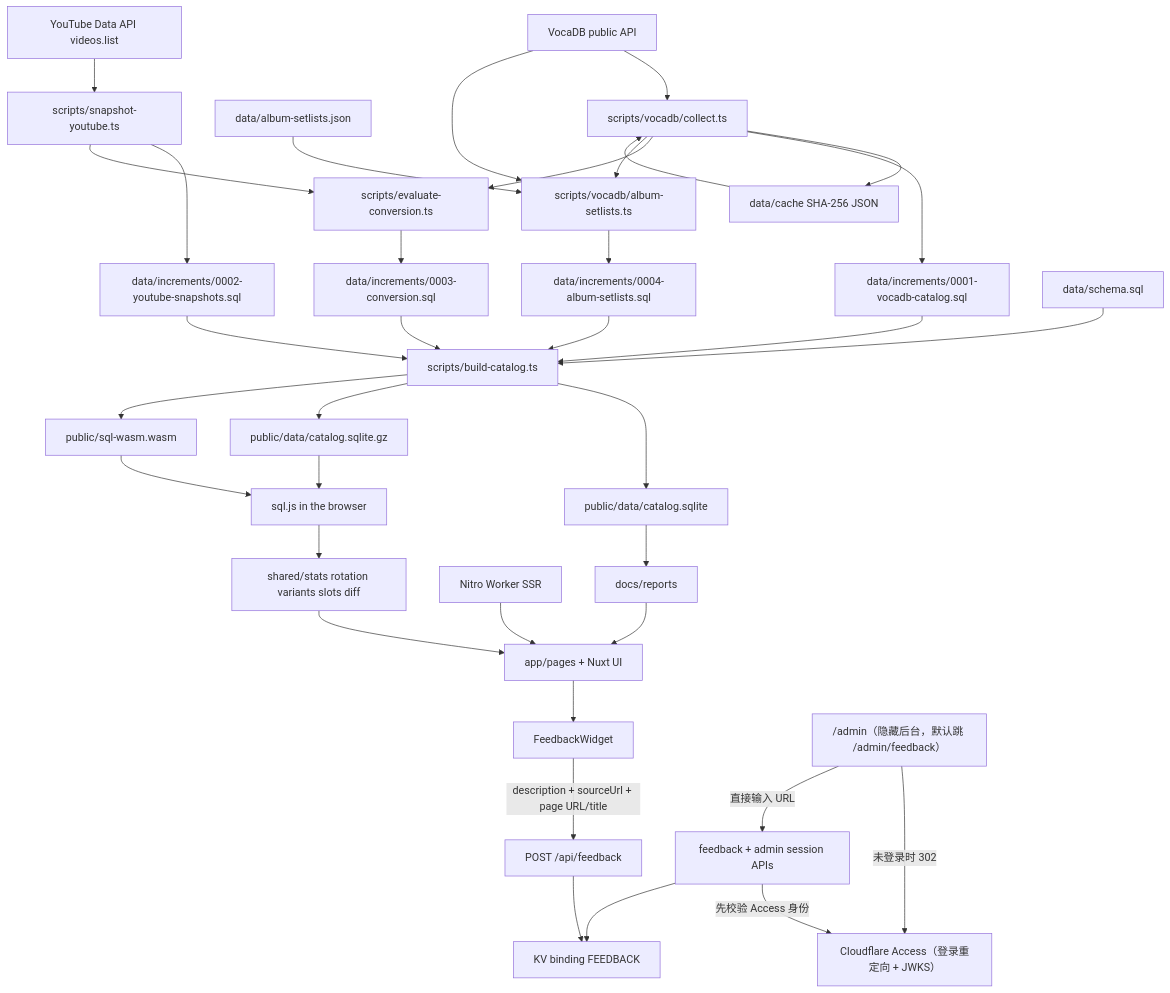
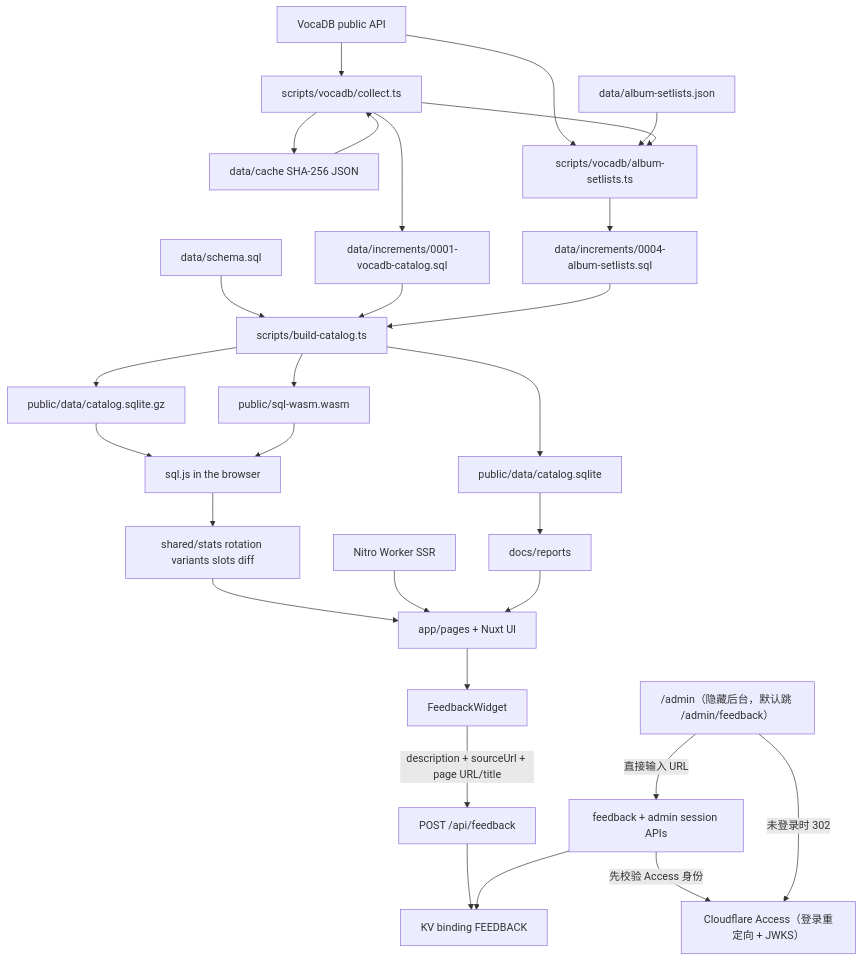
One commit to RJiazhen/miku-concert-stats changed the diagram in docs/architecture.md. Above: the diagram before and after it, drawn with Mermaid. The commit also changed other lines of this file and 73 other files, not shown here.

````diff
--- a/docs/architecture.md
+++ b/docs/architecture.md
@@ -350,67 +345,55 @@
 ```mermaid
 flowchart TD
   vocadb["VocaDB public API"]
   cache["data/cache SHA-256 JSON"]
   collect["scripts/vocadb/collect.ts"]
   albums["data/album-setlists.json"]
   collectalbums["scripts/vocadb/album-setlists.ts"]
-  youtube["YouTube Data API videos.list"]
-  snap["scripts/snapshot-youtube.ts"]
   inc1["data/increments/0001-vocadb-catalog.sql"]
-  inc2["data/increments/0002-youtube-snapshots.sql"]
   inc4["data/increments/0004-album-setlists.sql"]
-  eval["scripts/evaluate-conversion.ts"]
-  inc3["data/increments/0003-conversion.sql"]
   schema["data/schema.sql"]
   build["scripts/build-catalog.ts"]
   sqlite["public/data/catalog.sqlite"]
   gzip["public/data/catalog.sqlite.gz"]
   wasm["public/sql-wasm.wasm"]
   browser["sql.js in the browser"]
   shared["shared/stats rotation variants slots diff"]
   pages["app/pages + Nuxt UI"]
   widget["FeedbackWidget"]
   feedback["POST /api/feedback"]
   feedbackkv["KV binding FEEDBACK"]
   admin["/admin（隐藏后台，默认跳 /admin/feedback）"]
   adminapi["feedback + admin session APIs"]
   access["Cloudflare Access（登录重定向 + JWKS）"]
   worker["Nitro Worker SSR"]
   report["docs/reports"]
 
   vocadb --> collect
   collect --> cache
   cache --> collect
   collect --> inc1
-  collect --> eval
   vocadb --> collectalbums
   albums --> collectalbums
   collect --> collectalbums
   collectalbums --> inc4
-  youtube --> snap
-  snap --> inc2
-  snap --> eval
   schema --> build
   inc1 --> build
-  inc2 --> build
   inc4 --> build
-  inc3 --> build
-  eval --> inc3
   build --> sqlite
   build --> gzip
   build --> wasm
   gzip --> browser
   wasm --> browser
   browser --> shared
   shared --> pages
   worker --> pages
   pages --> widget
   widget -->|"description + sourceUrl + page URL/title"| feedback
   feedback --> feedbackkv
   adminapi -->|"先校验 Access 身份"| access
   adminapi --> feedbackkv
   admin -->|"未登录时 302"| access
   admin -->|"直接输入 URL"| adminapi
   sqlite --> report
   report --> pages
 ```
````
